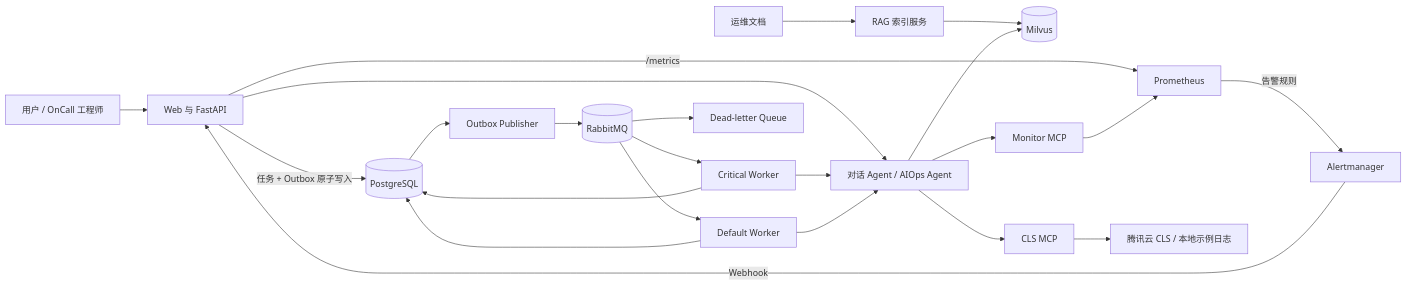
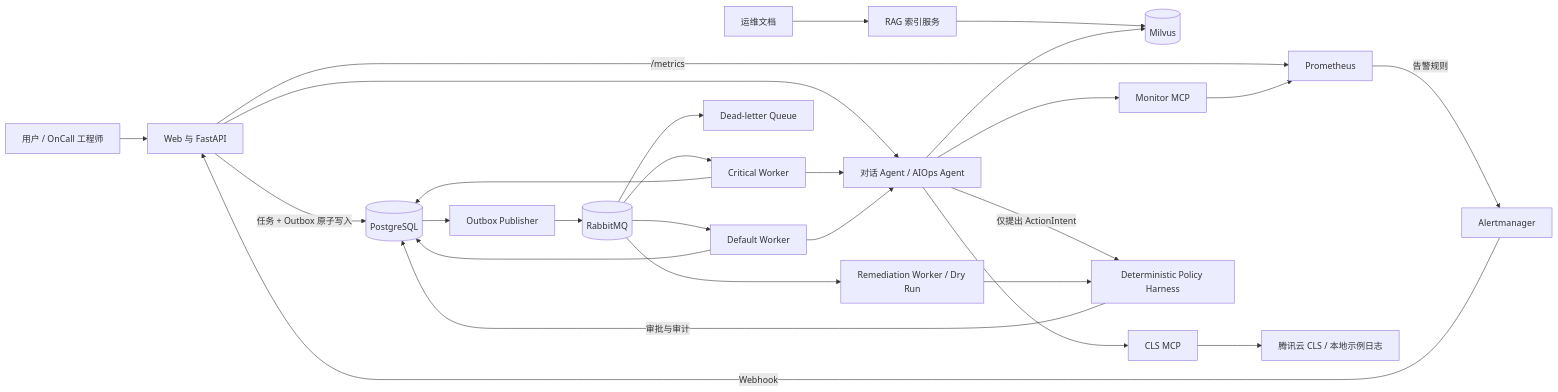
Before and after one commit to relievedkk/ai-oncall-diagnosis-platform: the diagram in README.md, drawn with Mermaid. The commit also changed other lines of this file and 7 other files, not shown here.

Commit message:
docs: operationalize remediation harness

````diff
--- a/README.md
+++ b/README.md
@@ -24,25 +27,29 @@
 ```mermaid
 flowchart LR
     User[用户 / OnCall 工程师] --> Web[Web 与 FastAPI]
     Docs[运维文档] --> RAG[RAG 索引服务]
     RAG --> Milvus[(Milvus)]
     Web -->|任务 + Outbox 原子写入| PostgreSQL[(PostgreSQL)]
     Web --> Agent[对话 Agent / AIOps Agent]
     Agent --> Milvus
     Agent --> Monitor[Monitor MCP]
     Agent --> CLS[CLS MCP]
     Web -->|/metrics| Prometheus[Prometheus]
     Prometheus -->|告警规则| Alertmanager[Alertmanager]
     Alertmanager -->|Webhook| Web
     PostgreSQL --> Publisher[Outbox Publisher]
     Publisher --> RabbitMQ[(RabbitMQ)]
     RabbitMQ --> CriticalWorker[Critical Worker]
     RabbitMQ --> DefaultWorker[Default Worker]
+    RabbitMQ --> RemediationWorker[Remediation Worker / Dry Run]
     RabbitMQ --> DLQ[Dead-letter Queue]
     CriticalWorker --> Agent
     DefaultWorker --> Agent
     CriticalWorker --> PostgreSQL
     DefaultWorker --> PostgreSQL
+    Agent -->|仅提出 ActionIntent| Harness[Deterministic Policy Harness]
+    Harness -->|审批与审计| PostgreSQL
+    RemediationWorker --> Harness
     Monitor --> Prometheus
     CLS --> Logs[腾讯云 CLS / 本地示例日志]
 ```
````
